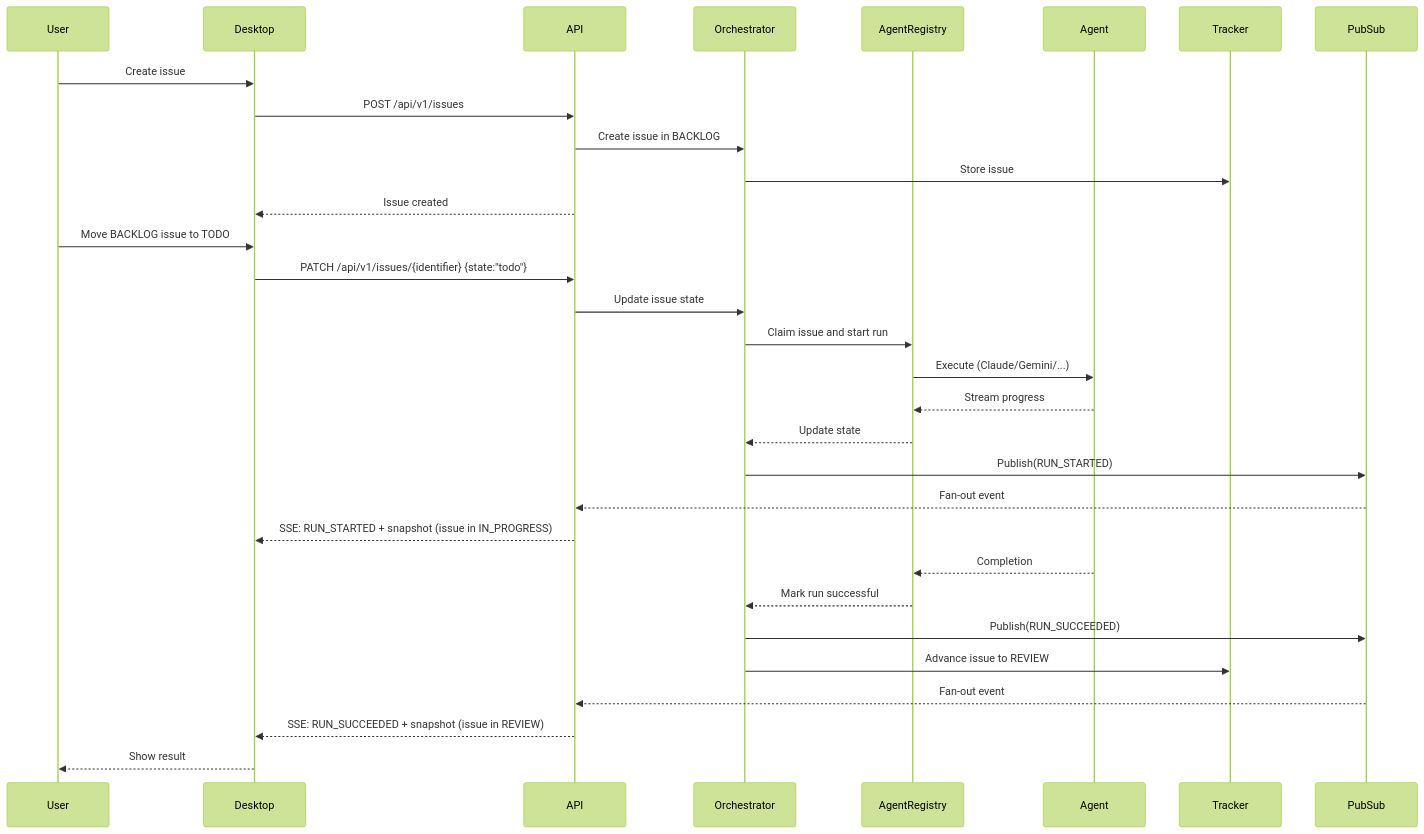
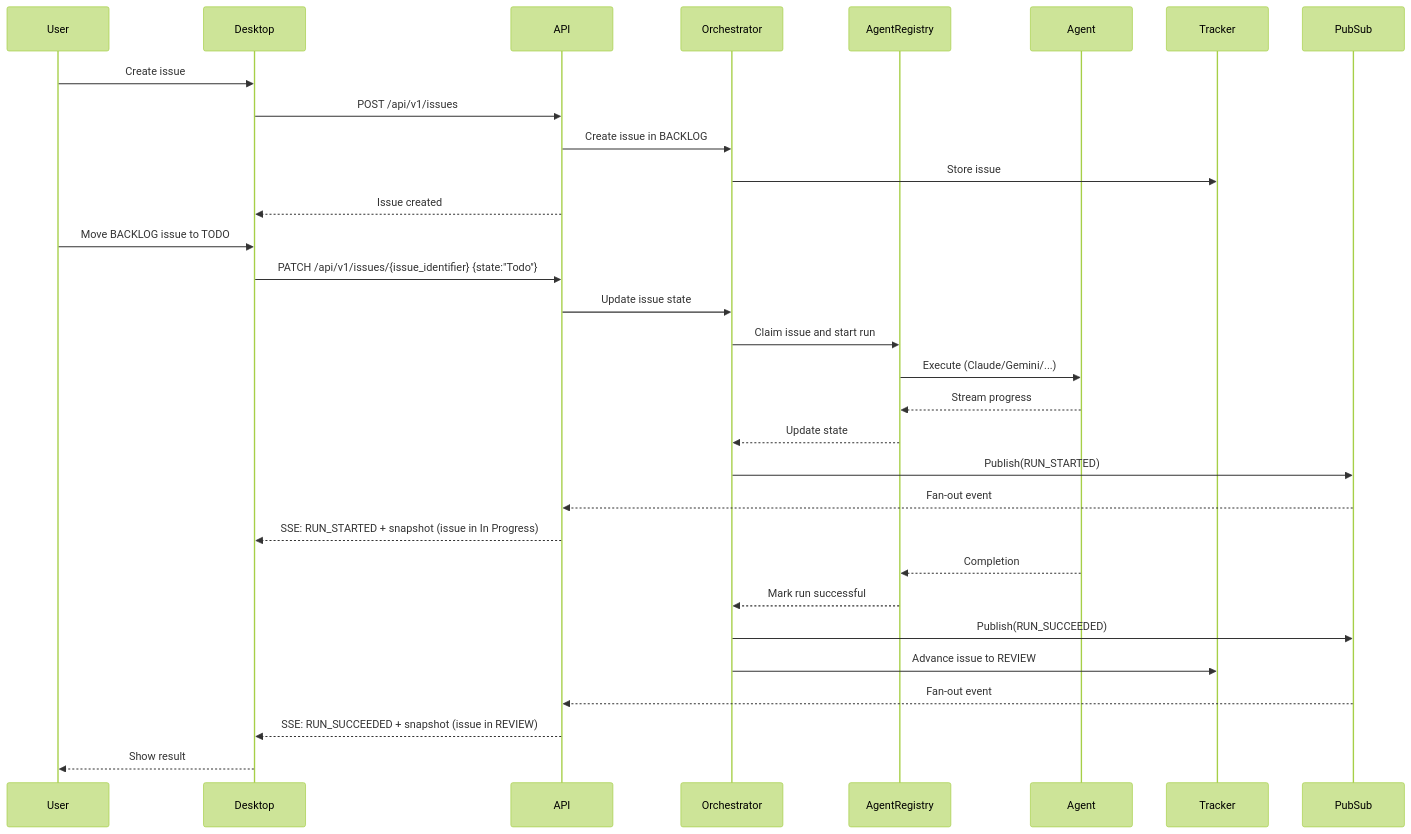
Before and after one commit to bradAGI/Orchestra: the third of 3 diagrams in docs/architecture/overview.md, drawn with Mermaid (forest theme). The commit also changed 1 other file, not shown here.

Commit message:
docs(audit): update architecture diagram payloads

````diff
--- a/docs/architecture/overview.md
+++ b/docs/architecture/overview.md
@@ -110,34 +110,34 @@
 ```mermaid
 sequenceDiagram
     participant User
     participant Desktop
     participant API
     participant Orchestrator
     participant AgentRegistry
     participant Agent
     participant Tracker
     participant PubSub
 
     User->>Desktop: Create issue
     Desktop->>API: POST /api/v1/issues
     API->>Orchestrator: Create issue in BACKLOG
     Orchestrator->>Tracker: Store issue
     API-->>Desktop: Issue created
     User->>Desktop: Move BACKLOG issue to TODO
-    Desktop->>API: PATCH /api/v1/issues/{identifier} {state:"todo"}
+    Desktop->>API: PATCH /api/v1/issues/{issue_identifier} {state:"Todo"}
     API->>Orchestrator: Update issue state
     Orchestrator->>AgentRegistry: Claim issue and start run
     AgentRegistry->>Agent: Execute (Claude/Gemini/...)
     Agent-->>AgentRegistry: Stream progress
     AgentRegistry-->>Orchestrator: Update state
     Orchestrator->>PubSub: Publish(RUN_STARTED)
     PubSub-->>API: Fan-out event
-    API-->>Desktop: SSE: RUN_STARTED + snapshot (issue in IN_PROGRESS)
+    API-->>Desktop: SSE: RUN_STARTED + snapshot (issue in In Progress)
     Agent-->>AgentRegistry: Completion
     AgentRegistry-->>Orchestrator: Mark run successful
     Orchestrator->>PubSub: Publish(RUN_SUCCEEDED)
     Orchestrator->>Tracker: Advance issue to REVIEW
     PubSub-->>API: Fan-out event
     API-->>Desktop: SSE: RUN_SUCCEEDED + snapshot (issue in REVIEW)
     Desktop-->>User: Show result
 ```
````
